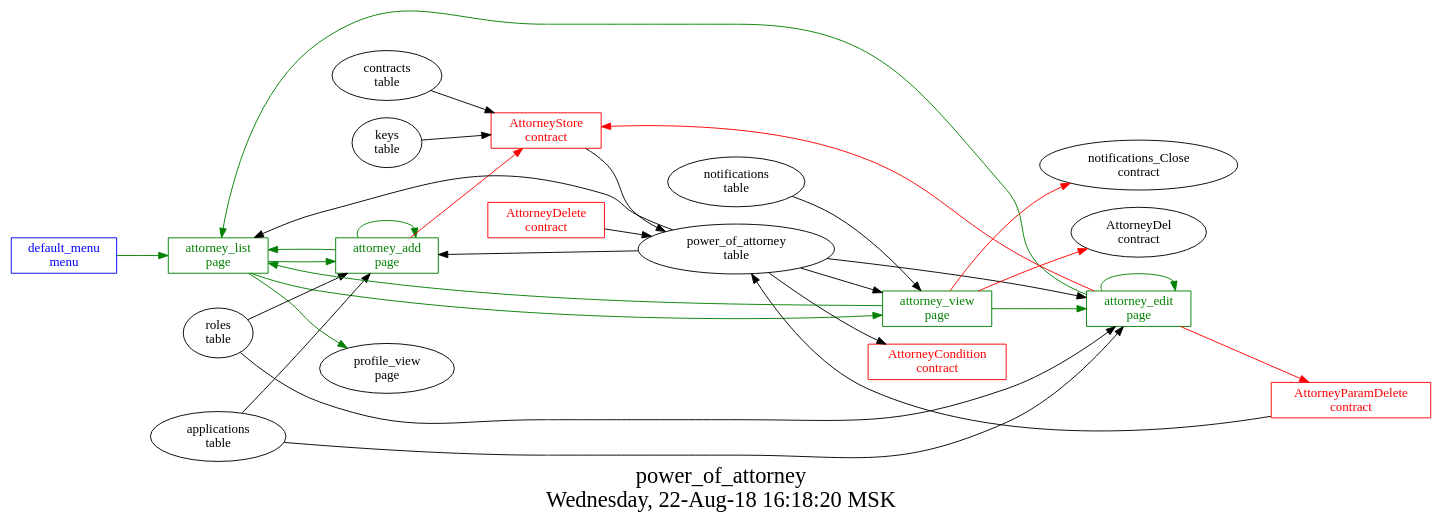
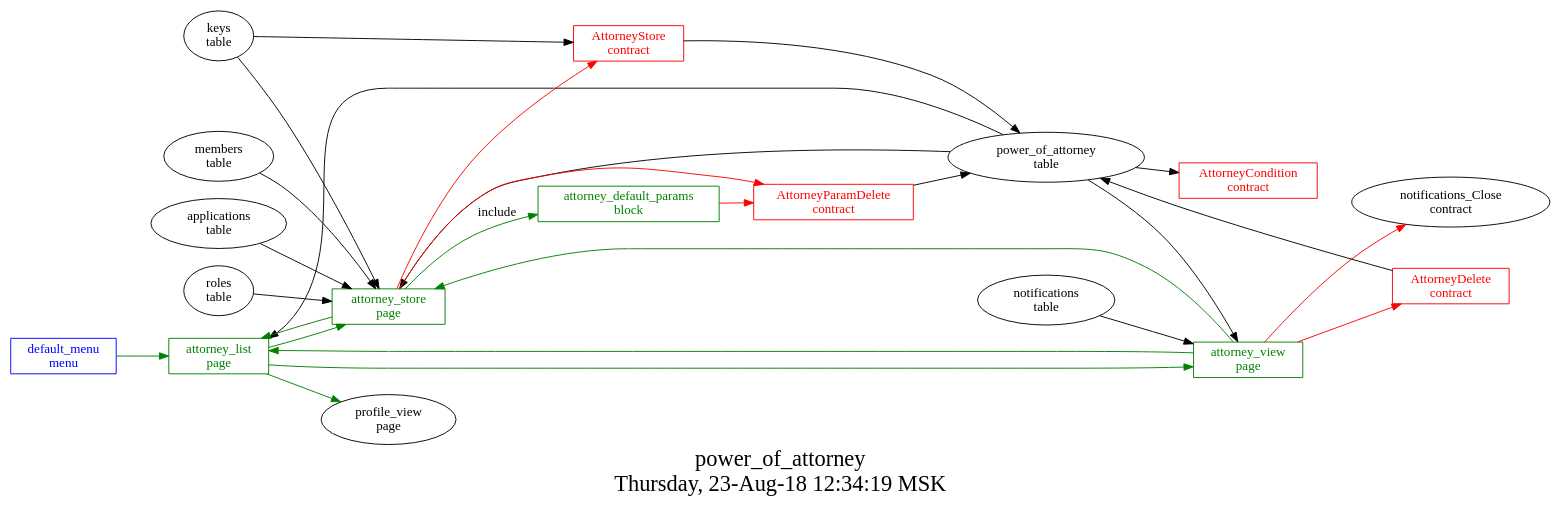
One commit to AlexZeDim/apps changed the diagram in src/power_of_attorney/struct.dot. Above: the diagram before and after it, drawn with Graphviz. The commit also changed 14 other files, not shown here.

Commit message:
fixed attorney params

```diff
--- a/src/power_of_attorney/struct.dot
+++ b/src/power_of_attorney/struct.dot
@@ -1,50 +1,46 @@
 digraph G {
 graph [
   fontsize="24";
-  label="power_of_attorney\nWednesday, 22-Aug-18 16:18:20 MSK";
+  label="power_of_attorney\nThursday, 23-Aug-18 12:34:19 MSK";
   nojustify=true;
   ordering=out;
   rankdir=LR;
   size="30";
 ];
 "default_menu\nmenu" -> "attorney_list\npage"  [ color=green ]
 "default_menu\nmenu" [color=blue, fontcolor=blue, group=menus, shape=record];
-"attorney_add\npage" -> "AttorneyStore\ncontract"  [ color=red ]
-"applications\ntable" -> "attorney_add\npage"
-"roles\ntable" -> "attorney_add\npage"
-"power_of_attorney\ntable" -> "attorney_add\npage"
-"attorney_add\npage" -> "attorney_list\npage"  [ color=green ]
-"attorney_add\npage" -> "attorney_add\npage"  [ color=green ]
-"attorney_add\npage" [color=green, fontcolor=green, group=pages, shape=record];
-"attorney_edit\npage" -> "AttorneyParamDelete\ncontract"  [ color=red ]
-"attorney_edit\npage" -> "AttorneyStore\ncontract"  [ color=red ]
-"applications\ntable" -> "attorney_edit\npage"
-"roles\ntable" -> "attorney_edit\npage"
-"power_of_attorney\ntable" -> "attorney_edit\npage"
-"attorney_edit\npage" -> "attorney_list\npage"  [ color=green ]
-"attorney_edit\npage" -> "attorney_edit\npage"  [ color=green ]
-"attorney_edit\npage" [color=green, fontcolor=green, group=pages, shape=record];
 "power_of_attorney\ntable" -> "attorney_list\npage"
-"attorney_list\npage" -> "attorney_add\npage"  [ color=green ]
+"attorney_list\npage" -> "attorney_store\npage"  [ color=green ]
 "attorney_list\npage" -> "attorney_view\npage"  [ color=green ]
 "attorney_list\npage" -> "profile_view\npage"  [ color=green ]
 "attorney_list\npage" [color=green, fontcolor=green, group=pages, shape=record];
+"attorney_store\npage" -> "AttorneyParamDelete\ncontract"  [ color=red ]
+"attorney_store\npage" -> "AttorneyStore\ncontract"  [ color=red ]
+"applications\ntable" -> "attorney_store\npage"
+"roles\ntable" -> "attorney_store\npage"
+"keys\ntable" -> "attorney_store\npage"
+"members\ntable" -> "attorney_store\npage"
+"power_of_attorney\ntable" -> "attorney_store\npage"
+"attorney_store\npage" -> "attorney_list\npage"  [ color=green ]
+"attorney_store\npage" -> "attorney_default_params\nblock"  [ color=green, label=include ]
+"attorney_store\npage" [color=green, fontcolor=green, group=pages, shape=record];
 "attorney_view\npage" -> "notifications_Close\ncontract"  [ color=red ]
-"attorney_view\npage" -> "AttorneyDel\ncontract"  [ color=red ]
+"attorney_view\npage" -> "AttorneyDelete\ncontract"  [ color=red ]
 "notifications\ntable" -> "attorney_view\npage"
 "power_of_attorney\ntable" -> "attorney_view\npage"
-"attorney_view\npage" -> "attorney_edit\npage"  [ color=green ]
 "attorney_view\npage" -> "attorney_list\npage"  [ color=green ]
+"attorney_view\npage" -> "attorney_store\npage"  [ color=green ]
 "attorney_view\npage" [color=green, fontcolor=green, group=pages, shape=record];
+"attorney_default_params\nblock" -> "AttorneyParamDelete\ncontract"  [ color=red ]
+"attorney_default_params\nblock" [color=green, fontcolor=green, group=blocks, shape=record];
 "power_of_attorney\ntable" -> "AttorneyCondition\ncontract"
 "AttorneyCondition\ncontract" [color=red, fontcolor=red, group=contracts, shape=record];
 "AttorneyDelete\ncontract" -> "power_of_attorney\ntable"  [ color="" ]
 "AttorneyDelete\ncontract" [color=red, fontcolor=red, group=contracts, shape=record];
 "AttorneyParamDelete\ncontract" -> "power_of_attorney\ntable"  [ color="" ]
 "AttorneyParamDelete\ncontract" [color=red, fontcolor=red, group=contracts, shape=record];
 "AttorneyStore\ncontract" -> "power_of_attorney\ntable"  [ color="" ]
 "keys\ntable" -> "AttorneyStore\ncontract"
-"contracts\ntable" -> "AttorneyStore\ncontract"
 "AttorneyStore\ncontract" [color=red, fontcolor=red, group=contracts, shape=record];
 "power_of_attorney\ntable" [color="", fontcolor="", group=tables, shape=""];
 }
```
